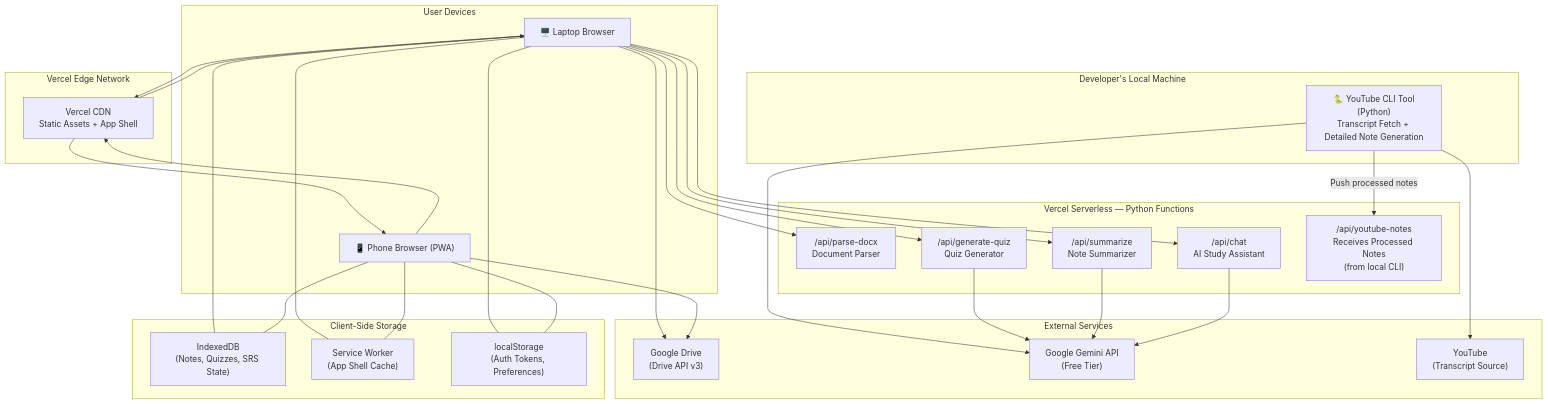
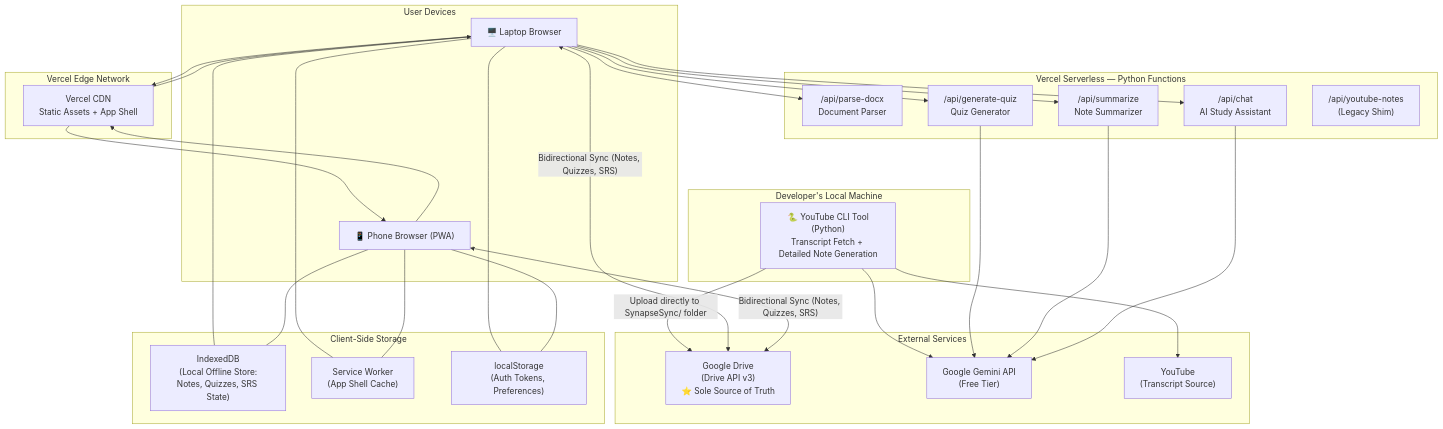
Before and after one commit to Strider221B/synapse-sync: the first of 8 diagrams in documentation/design/high_level/02_system_architecture.md, drawn with Mermaid. The commit also changed other lines of this file and 30 other files, not shown here.

First line of the commit message:
Migrate Notes & YouTube Ingestion to Google Drive as Sole Source of Truth with Cross-Device Sync (#13)

````diff
--- a/documentation/design/high_level/02_system_architecture.md
+++ b/documentation/design/high_level/02_system_architecture.md
@@ -13,63 +13,63 @@
 ```mermaid
 graph TB
     subgraph "User Devices"
         LAPTOP["🖥️ Laptop Browser"]
         PHONE["📱 Phone Browser (PWA)"]
     end
 
     subgraph "Developer's Local Machine"
         CLI["🐍 YouTube CLI Tool<br/>(Python)<br/>Transcript Fetch + Detailed Note Generation"]
     end
 
     subgraph "Vercel Edge Network"
         CDN["Vercel CDN<br/>Static Assets + App Shell"]
     end
 
     subgraph "Vercel Serverless — Python Functions"
         FN_PARSE["/api/parse-docx<br/>Document Parser"]
         FN_QUIZ["/api/generate-quiz<br/>Quiz Generator"]
         FN_SUMMARIZE["/api/summarize<br/>Note Summarizer"]
         FN_CHAT["/api/chat<br/>AI Study Assistant"]
-        FN_YT_NOTES["/api/youtube-notes<br/>Receives Processed Notes<br/>(from local CLI)"]
+        FN_YT_NOTES["/api/youtube-notes<br/>(Legacy Shim)"]
     end
 
     subgraph "External Services"
-        GDRIVE["Google Drive<br/>(Drive API v3)"]
+        GDRIVE["Google Drive<br/>(Drive API v3)<br/>⭐ Sole Source of Truth"]
         GEMINI["Google Gemini API<br/>(Free Tier)"]
         YOUTUBE["YouTube<br/>(Transcript Source)"]
     end
 
     subgraph "Client-Side Storage"
-        IDB["IndexedDB<br/>(Notes, Quizzes, SRS State)"]
+        IDB["IndexedDB<br/>(Local Offline Store:<br/>Notes, Quizzes, SRS State)"]
         SW["Service Worker<br/>(App Shell Cache)"]
         LS["localStorage<br/>(Auth Tokens, Preferences)"]
     end
 
     LAPTOP --> CDN
     PHONE --> CDN
     CDN --> LAPTOP
     CDN --> PHONE
 
     LAPTOP --> FN_PARSE
     LAPTOP --> FN_QUIZ
     LAPTOP --> FN_SUMMARIZE
     LAPTOP --> FN_CHAT
 
     CLI --> YOUTUBE
     CLI --> GEMINI
-    CLI -->|"Push processed notes"| FN_YT_NOTES
+    CLI -->|"Upload directly to SynapseSync/ folder"| GDRIVE
 
     FN_QUIZ --> GEMINI
     FN_SUMMARIZE --> GEMINI
     FN_CHAT --> GEMINI
 
-    LAPTOP --> GDRIVE
-    PHONE --> GDRIVE
+    LAPTOP <-->|"Bidirectional Sync (Notes, Quizzes, SRS)"| GDRIVE
+    PHONE <-->|"Bidirectional Sync (Notes, Quizzes, SRS)"| GDRIVE
 
     LAPTOP --- IDB
     LAPTOP --- SW
     LAPTOP --- LS
     PHONE --- IDB
     PHONE --- SW
     PHONE --- LS
 ```
````
